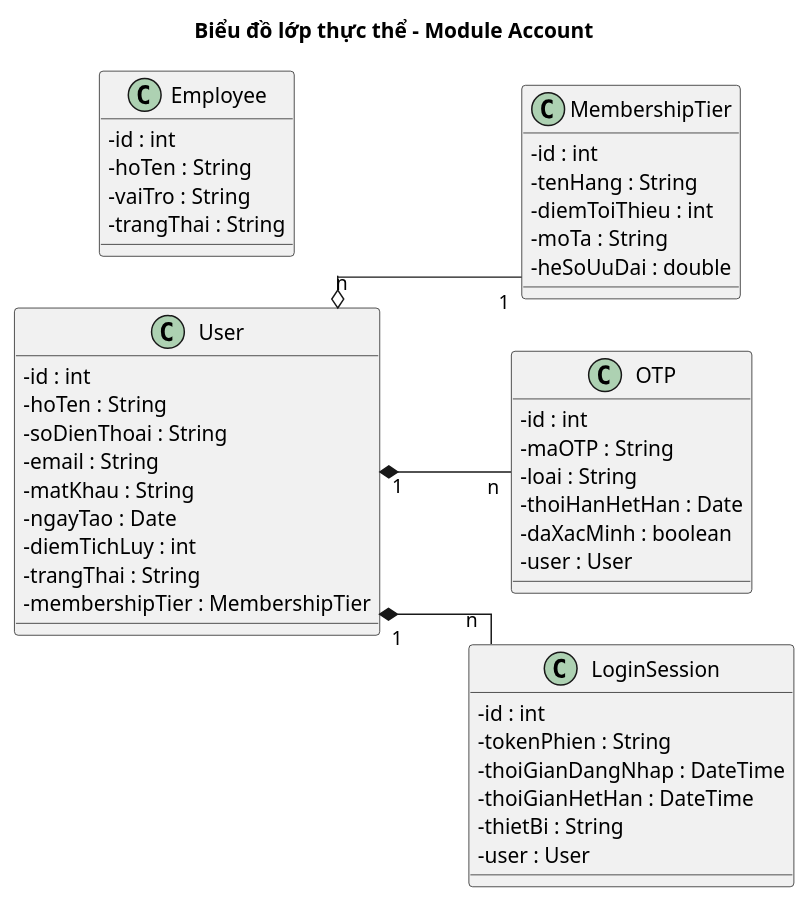
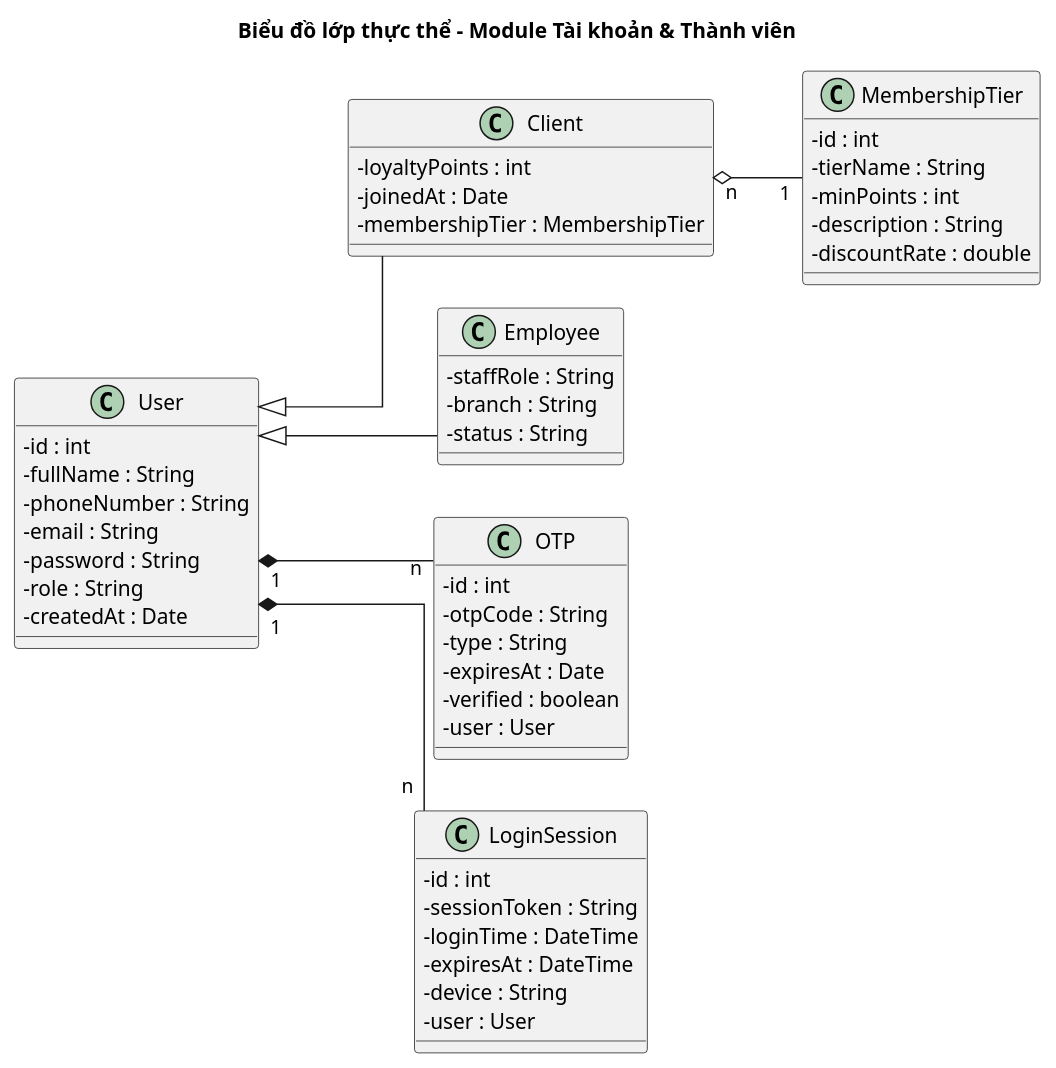
The first of 8 diagrams in docs/tabs/account/iii-design.md (thanhtrnnn/cnpm), drawn with PlantUML before and after one commit. The commit also changed other lines of this file and 8 other files, not shown here.

````diff
--- a/docs/tabs/account/iii-design.md
+++ b/docs/tabs/account/iii-design.md
@@ -38,58 +40,63 @@
 ```plantuml
 @startuml
-title Biểu đồ lớp thực thể – Module Account
+title Biểu đồ lớp thực thể – Module Tài khoản & Thành viên
 
 left to right direction
 skinparam linetype ortho
 skinparam classAttributeIconSize 0
 
 class User {
   -id : int
-  -hoTen : String
-  -soDienThoai : String
+  -fullName : String
+  -phoneNumber : String
   -email : String
-  -matKhau : String
-  -ngayTao : Date
-  -diemTichLuy : int
-  -trangThai : String
+  -password : String
+  -role : String
+  -createdAt : Date
+}
+
+class Client {
+  -loyaltyPoints : int
+  -joinedAt : Date
   -membershipTier : MembershipTier
+}
+
+class Employee {
+  -staffRole : String
+  -branch : String
+  -status : String
 }
 
 class MembershipTier {
   -id : int
-  -tenHang : String
-  -diemToiThieu : int
-  -moTa : String
-  -heSoUuDai : double
+  -tierName : String
+  -minPoints : int
+  -description : String
+  -discountRate : double
 }
 
 class OTP {
   -id : int
-  -maOTP : String
-  -loai : String
-  -thoiHanHetHan : Date
-  -daXacMinh : boolean
+  -otpCode : String
+  -type : String
+  -expiresAt : Date
+  -verified : boolean
   -user : User
 }
 
 class LoginSession {
   -id : int
-  -tokenPhien : String
-  -thoiGianDangNhap : DateTime
-  -thoiGianHetHan : DateTime
-  -thietBi : String
+  -sessionToken : String
+  -loginTime : DateTime
+  -expiresAt : DateTime
+  -device : String
   -user : User
 }
 
-class Employee {
-  -id : int
-  -hoTen : String
-  -vaiTro : String
-  -trangThai : String
-}
-
-User "n" o-- "1" MembershipTier
+User <|-- Client
+User <|-- Employee
+Client "n" o-- "1" MembershipTier
 User "1" *-- "n" OTP
 User "1" *-- "n" LoginSession
 @enduml
 ```
````
